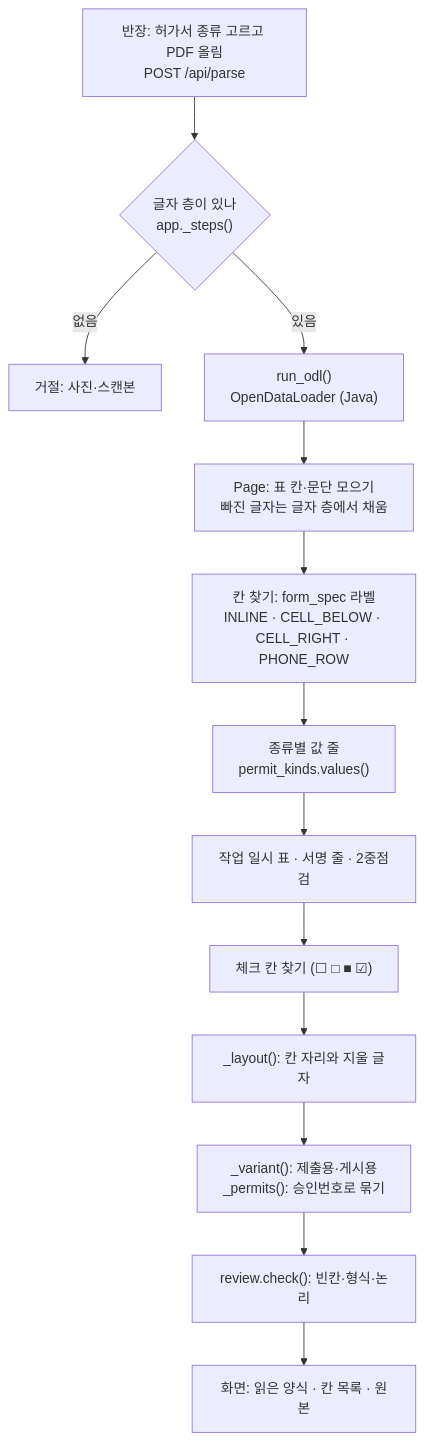
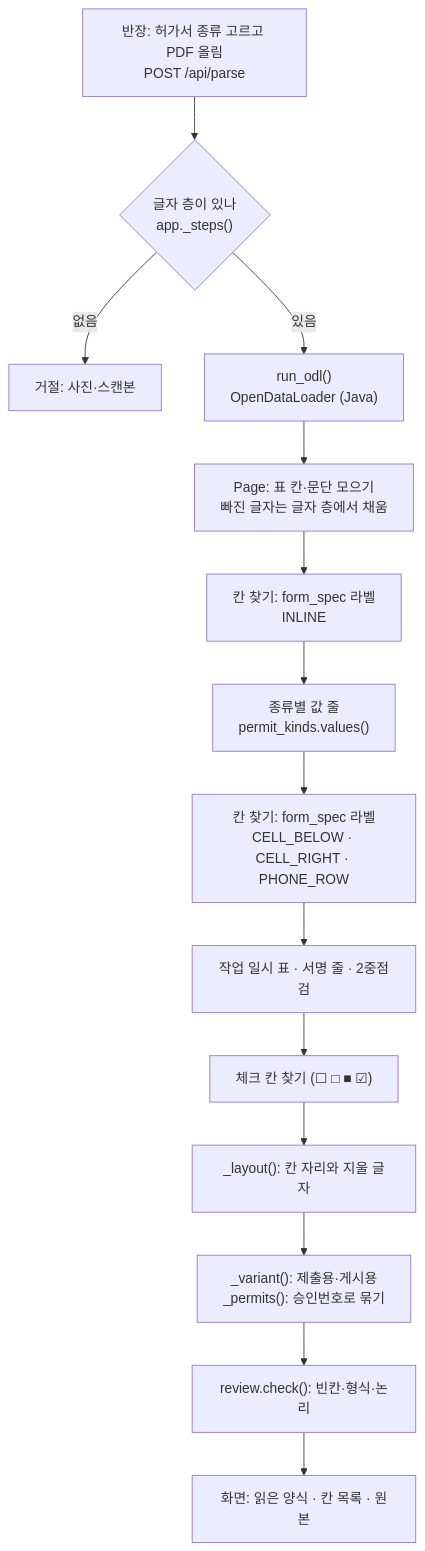
The first of 2 diagrams in docs/04c_PDF_판독.md (seojaeohcode/croScan), drawn with Mermaid before and after one commit. The commit also changed other lines of this file and 7 other files, not shown here.

````diff
--- a/docs/04c_PDF_판독.md
+++ b/docs/04c_PDF_판독.md
@@ -61,15 +61,16 @@
 ```mermaid
 flowchart TD
   A["반장: 허가서 종류 고르고 PDF 올림<br/>POST /api/parse"] --> B{"글자 층이 있나<br/>app._steps()"}
   B -- "없음" --> X["거절: 사진·스캔본"]
   B -- "있음" --> C["run_odl()<br/>OpenDataLoader (Java)"]
   C --> D["Page: 표 칸·문단 모으기<br/>빠진 글자는 글자 층에서 채움"]
-  D --> E["칸 찾기: form_spec 라벨<br/>INLINE · CELL_BELOW · CELL_RIGHT · PHONE_ROW"]
+  D --> E["칸 찾기: form_spec 라벨<br/>INLINE"]
   E --> F["종류별 값 줄<br/>permit_kinds.values()"]
-  F --> G["작업 일시 표 · 서명 줄 · 2중점검"]
+  F --> F2["칸 찾기: form_spec 라벨<br/>CELL_BELOW · CELL_RIGHT · PHONE_ROW"]
+  F2 --> G["작업 일시 표 · 서명 줄 · 2중점검"]
   G --> H["체크 칸 찾기 (☐ □ ■ ☑)"]
   H --> I["_layout(): 칸 자리와 지울 글자"]
   I --> J["_variant(): 제출용·게시용<br/>_permits(): 승인번호로 묶기"]
   J --> K["review.check(): 빈칸·형식·논리"]
   K --> L["화면: 읽은 양식 · 칸 목록 · 원본"]
 ```
````
